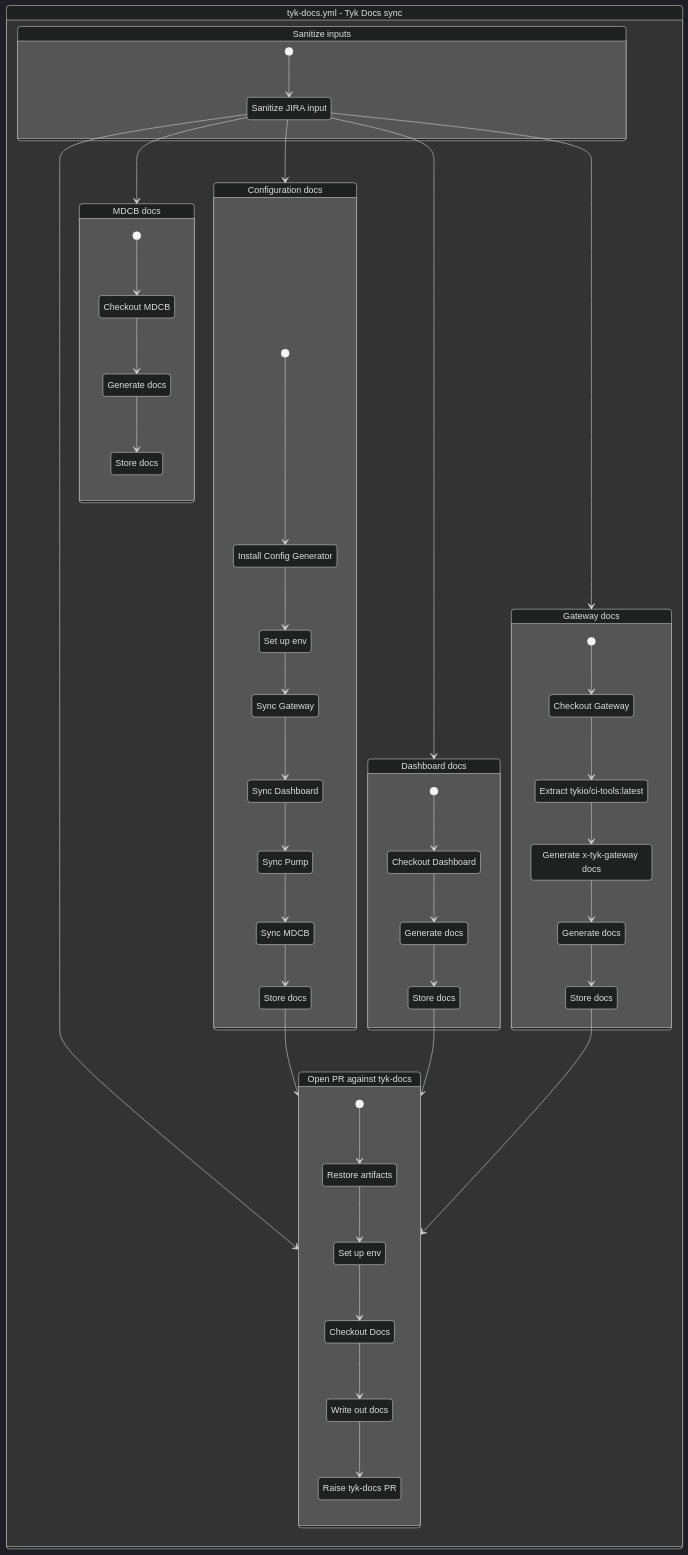
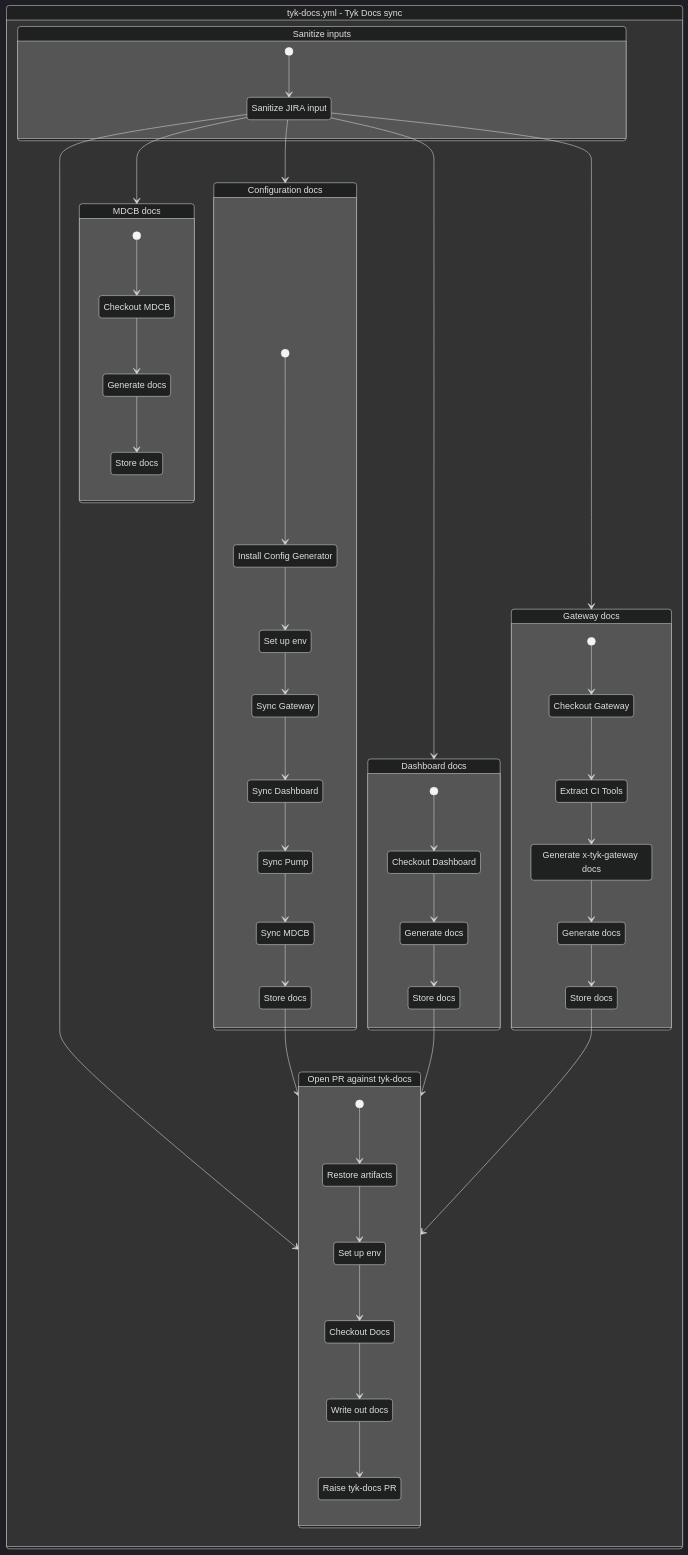
Before and after one commit to TykTechnologies/exp: the diagram in docs/github-actions/exp/tyk-docs.yml.md, drawn with Mermaid (dark theme). The commit also changed 1 other file, not shown here.

Commit message:
Try to fix .md

```diff
--- a/docs/github-actions/exp/tyk-docs.yml.md
+++ b/docs/github-actions/exp/tyk-docs.yml.md
@@ -50,7 +50,7 @@
             [*] --> step0gateway
             step0gateway : Checkout Gateway
             step0gateway --> step1gateway
-            step1gateway : Extract tykio/ci-tools:latest
+            step1gateway : Extract CI Tools
             step1gateway --> step3gateway
             step3gateway : Generate x-tyk-gateway docs
             step3gateway --> step4gateway
```
